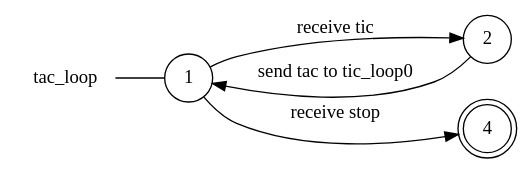
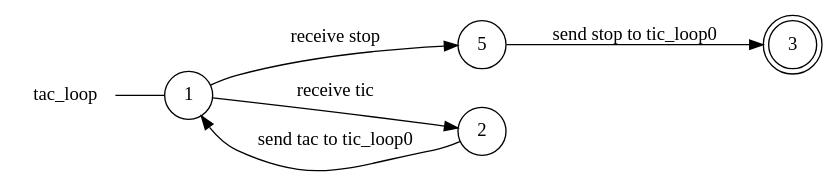
One commit to gabrielegenovese/chorer changed the diagram in examples/ticktack/tac_loop_local_view.dot. Above: the diagram before and after it, drawn with Graphviz. The commit also changed 8 other files, not shown here.

```diff
--- a/examples/ticktack/tac_loop_local_view.dot
+++ b/examples/ticktack/tac_loop_local_view.dot
@@ -1,12 +1,14 @@
 digraph tac_loop {
 	rankdir="LR";
 	n_0 [label="tac_loop", shape="plaintext"];
-	n_1 [id="1", shape=circle, label="1"];
-	n_0 -> n_1 [arrowhead=none];
-	n_2 [id="2", shape=circle, label="2"];
-	n_3 [id="4", shape=doublecircle, label="4"];
+	n_1 [id="5", shape=circle, label="5"];
+	n_2 [id="1", shape=circle, label="1"];
+	n_0 -> n_2 [arrowhead=none];
+	n_3 [id="2", shape=circle, label="2"];
+	n_4 [id="3", shape=doublecircle, label="3"];
 
-	n_1 -> n_3 [id="[$e|2]", label="receive stop"];
-	n_1 -> n_2 [id="[$e|1]", label="receive tic"];
-	n_2 -> n_1 [id="[$e|5]", label="send tac to tic_loop0"];
+	n_2 -> n_3 [id="[$e|2]", label="receive tic"];
+	n_1 -> n_4 [id="[$e|0]", label="send stop to tic_loop0"];
+	n_3 -> n_2 [id="[$e|6]", label="send tac to tic_loop0"];
+	n_2 -> n_1 [id="[$e|3]", label="receive stop"];
 }
```
